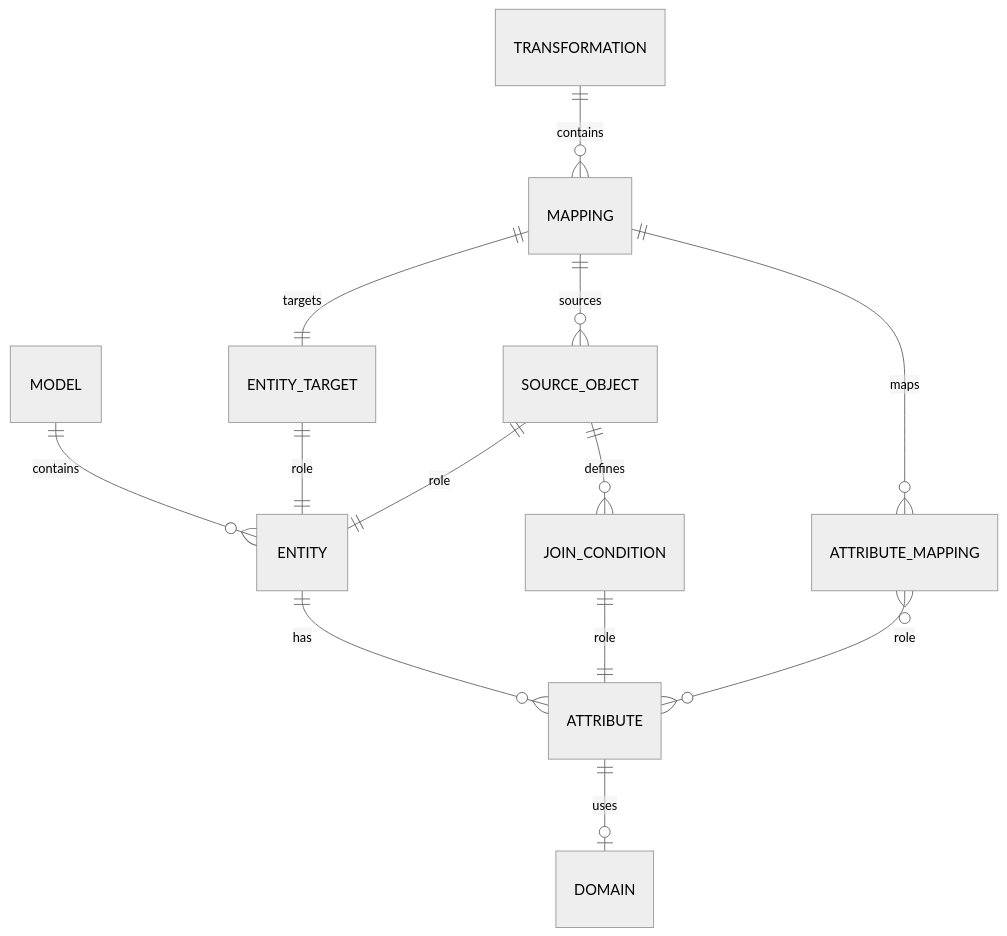
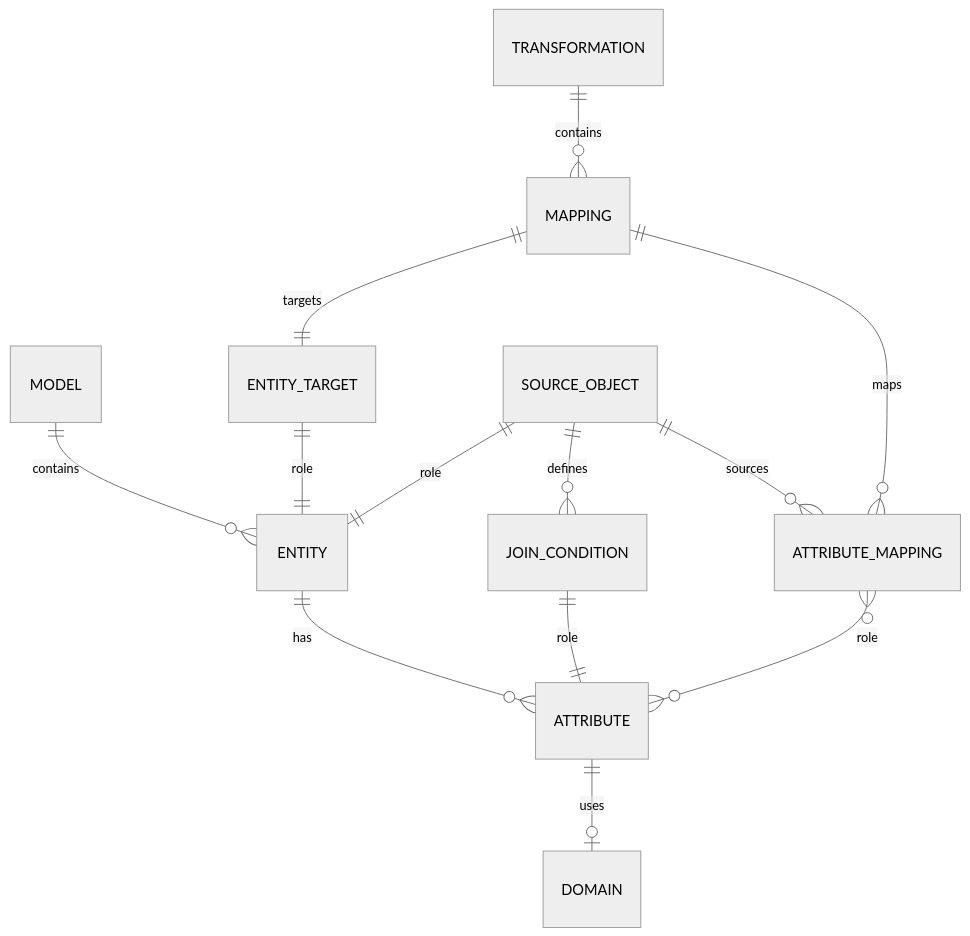
Before and after one commit to mark-me/etl_templates: the third of 5 diagrams in docs/Model_Extractor.md, drawn with Mermaid (neutral theme). The commit also changed other lines of this file, not shown here.

````diff
--- a/docs/Model_Extractor.md
+++ b/docs/Model_Extractor.md
@@ -11,15 +35,15 @@
 ```mermaid
 erDiagram
     MODEL ||--o{ ENTITY : contains
     ENTITY ||--o{ ATTRIBUTE : has
     ATTRIBUTE ||--o| DOMAIN : uses
     TRANSFORMATION ||--o{ MAPPING : contains
     MAPPING ||--|| ENTITY_TARGET : targets
     ENTITY_TARGET ||--|| ENTITY: role
-    MAPPING ||--o{ SOURCE_OBJECT : sources
+    SOURCE_OBJECT ||--o{ ATTRIBUTE_MAPPING : sources
     SOURCE_OBJECT ||--o{ JOIN_CONDITION : defines
     JOIN_CONDITION ||--|| ATTRIBUTE: role
     SOURCE_OBJECT ||--|| ENTITY: role
     MAPPING ||--o{ ATTRIBUTE_MAPPING : maps
     ATTRIBUTE_MAPPING }o--o{ ATTRIBUTE: role
 ```
````
